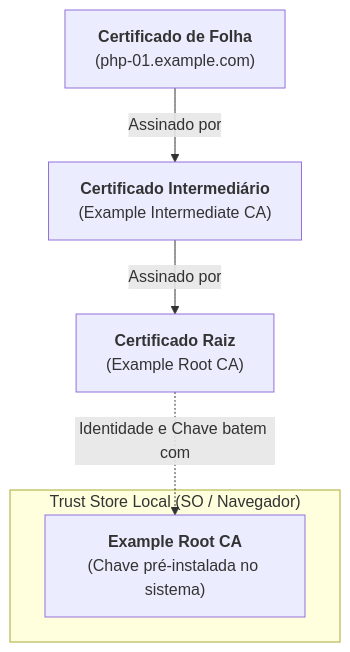
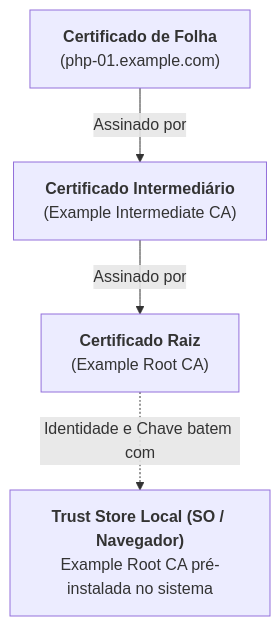
Before and after one commit to vndmtrx/vndmtrx.github.io: the third of 3 diagrams in _drafts/2026-10-24-pki-fundamentos.md, drawn with Mermaid. The commit also changed other lines of this file and 6 other files, not shown here.

````diff
--- a/_drafts/2026-10-24-pki-fundamentos.md
+++ b/_drafts/2026-10-24-pki-fundamentos.md
@@ -324,16 +324,13 @@
 ```mermaid
 flowchart TD
     Leaf["<b>Certificado de Folha</b><br>(php-01.example.com)"] -->|"Assinado por"| Intermediate["<b>Certificado Intermediário</b><br>(Example Intermediate CA)"]
     Intermediate -->|"Assinado por"| Root["<b>Certificado Raiz</b><br>(Example Root CA)"]
-    
-    subgraph TrustStore["Trust Store Local (SO / Navegador)"]
-        Anchor["<b>Example Root CA</b><br>(Chave pré-instalada no sistema)"]
-    end
-    
+    Anchor["<b>Trust Store Local (SO / Navegador)</b><br>Example Root CA pré-instalada no sistema"]
+
     Root -.->|"Identidade e Chave batem com"| Anchor
 
     class Leaf info;
     class Intermediate warning;
     class Root neutral;
     class Anchor success;
 ```
````
